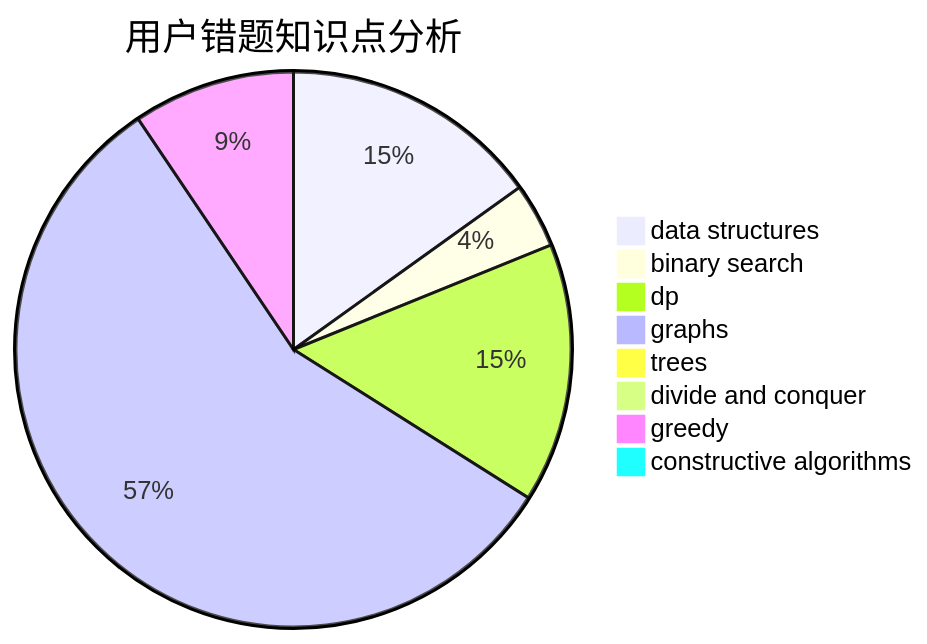
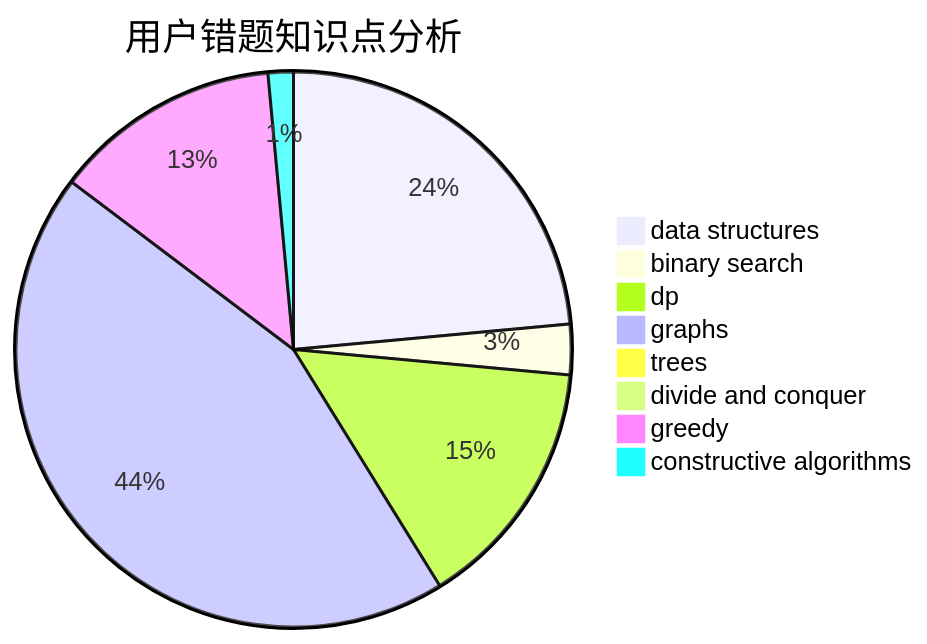
Before and after one commit to sherpahu/cfrs.github.io: the third of 3 diagrams in docs/user/u932.md, drawn with Mermaid. The commit also changed other lines of this file and 2770 other files, not shown here.

````diff
--- a/docs/user/u932.md
+++ b/docs/user/u932.md
@@ -36,11 +36,11 @@
 ```mermaid
 pie title 用户错题知识点分析
-    "data structures" :  8
+    "data structures" :  16
     "binary search" :  2
-    "dp" :  8
+    "dp" :  10
     "graphs" :  30
     "trees" :  0
     "divide and conquer" :  0
-    "greedy" :  5
-    "constructive algorithms" :  0
+    "greedy" :  9
+    "constructive algorithms" :  1
 ```
````
